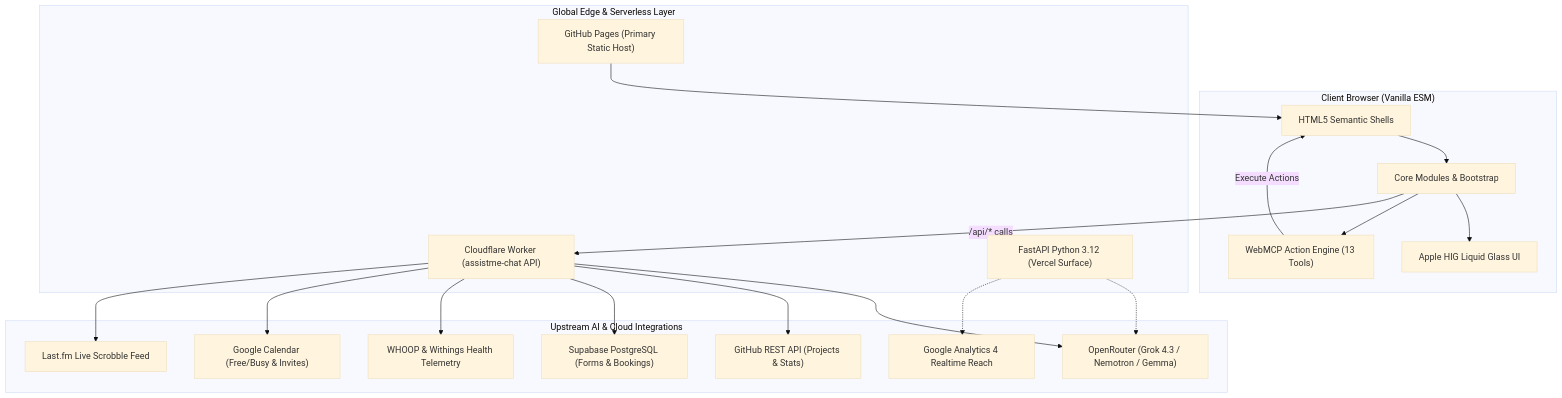
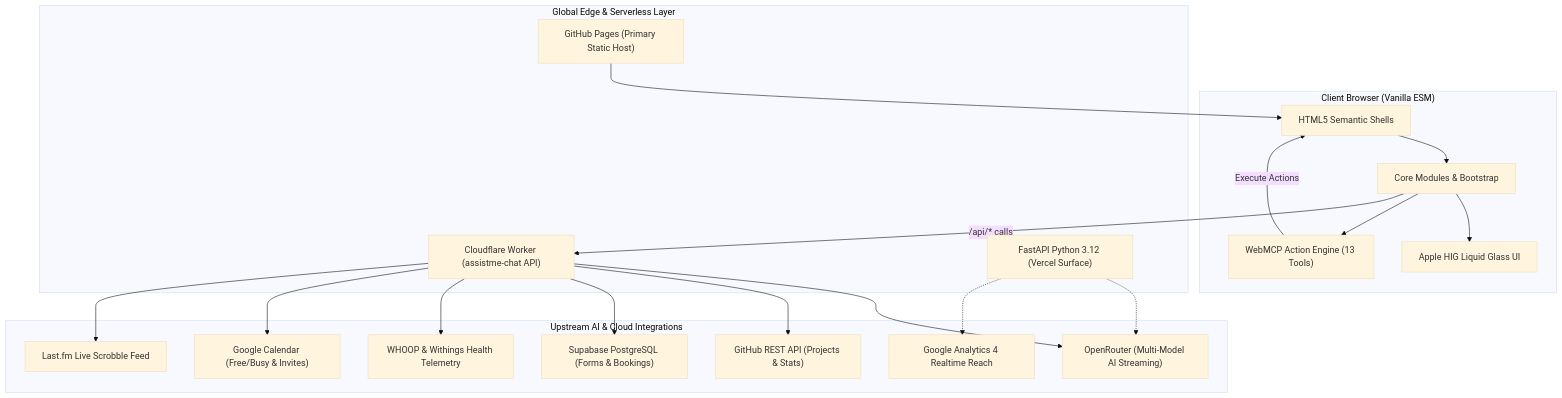
Before and after one commit to mangeshraut712/mangeshrautarchive: the diagram in README.md, drawn with Mermaid (base theme). The commit also changed other lines of this file and 5 other files, not shown here.

````diff
--- a/README.md
+++ b/README.md
@@ -174,39 +173,39 @@
 ```mermaid
 flowchart TD
   subgraph Client ["Client Browser (Vanilla ESM)"]
     DOM["HTML5 Semantic Shells"]
     JS["Core Modules & Bootstrap"]
     MCP["WebMCP Action Engine (13 Tools)"]
     UI["Apple HIG Liquid Glass UI"]
   end
 
   subgraph Edge ["Global Edge & Serverless Layer"]
     Pages["GitHub Pages (Primary Static Host)"]
     Worker["Cloudflare Worker (assistme-chat API)"]
     FastAPI["FastAPI Python 3.12 (Vercel Surface)"]
   end
 
   subgraph Upstream ["Upstream AI & Cloud Integrations"]
-    OR["OpenRouter (Grok 4.3 / Nemotron / Gemma)"]
+    OR["OpenRouter (Multi-Model AI Streaming)"]
     GH["GitHub REST API (Projects & Stats)"]
     Supa["Supabase PostgreSQL (Forms & Bookings)"]
     GCal["Google Calendar (Free/Busy & Invites)"]
     WHOOP["WHOOP & Withings Health Telemetry"]
     GA4["Google Analytics 4 Realtime Reach"]
     LFM["Last.fm Live Scrobble Feed"]
   end
 
   DOM --> JS --> UI
   JS --> MCP
   MCP -->|Execute Actions| DOM
   JS -->|/api/* calls| Worker
   Worker --> OR
   Worker --> GH
   Worker --> Supa
   Worker --> WHOOP
   Worker --> GCal
   Worker --> LFM
   FastAPI -.-> OR
   FastAPI -.-> GA4
   Pages --> DOM
 ```
````
